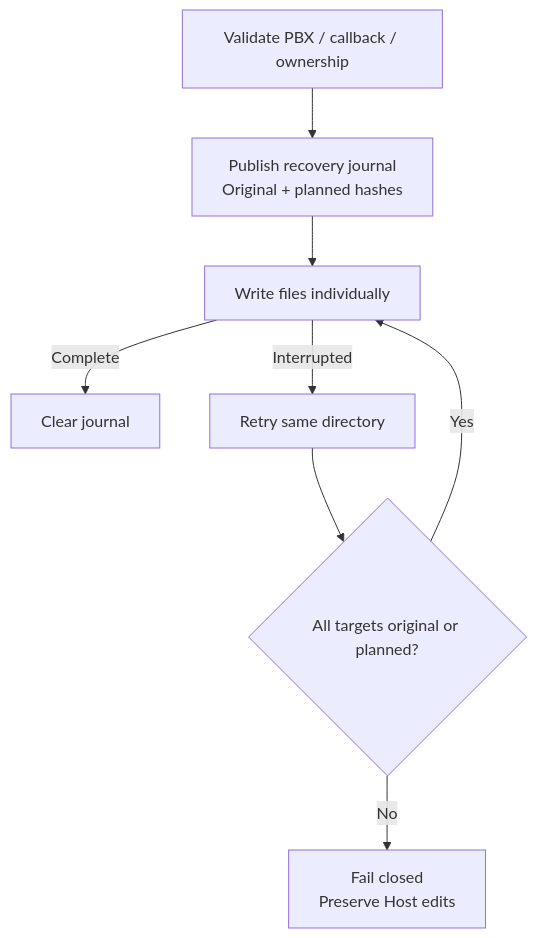
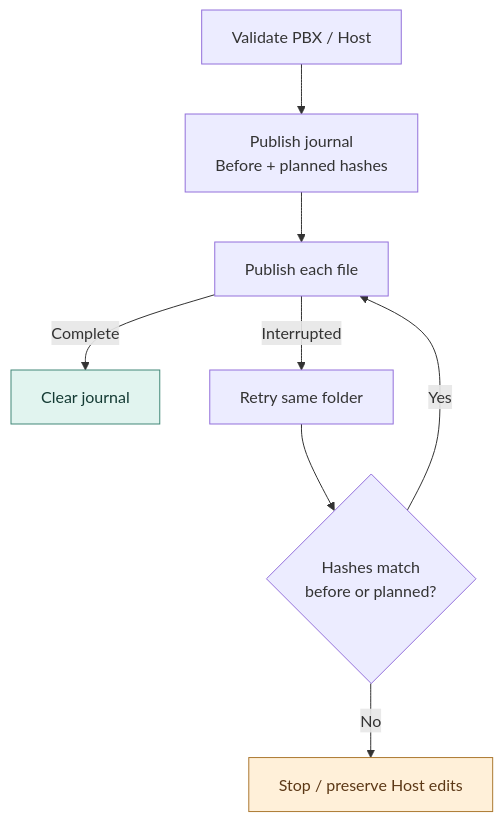
The fourth of 5 diagrams in docs/TECHNICAL_OVERVIEW.md (CodingBot000/GameBridge_SDK), drawn with Mermaid before and after one commit. The commit also changed other lines of this file and 4 other files, not shown here.

Commit message:
docs: validate portfolio diagrams and index public verification evidence (#22)

````diff
--- a/docs/TECHNICAL_OVERVIEW.md
+++ b/docs/TECHNICAL_OVERVIEW.md
@@ -222,10 +177,14 @@
 ```mermaid
 flowchart TD
-    A["Validate PBX / callback / ownership"] --> B["Publish recovery journal<br/>Original + planned hashes"]
-    B --> C["Write files individually"]
+    A["Validate PBX / Host"] --> B["Publish journal<br/>Before + planned hashes"]
+    B --> C["Publish each file"]
     C -->|Complete| F["Clear journal"]
-    C -->|Interrupted| D["Retry same directory"]
-    D --> E{"All targets original or planned?"}
+    C -->|Interrupted| D["Retry same folder"]
+    D --> E{"Hashes match<br/>before or planned?"}
     E -->|Yes| C
-    E -->|No| G["Fail closed<br/>Preserve Host edits"]
+    E -->|No| G["Stop / preserve Host edits"]
+    classDef verified fill:#e1f4ef,stroke:#428878,color:#143b34
+    classDef conflict fill:#fff0d9,stroke:#ac7931,color:#5c3816
+    class F verified
+    class G conflict
 ```
````
